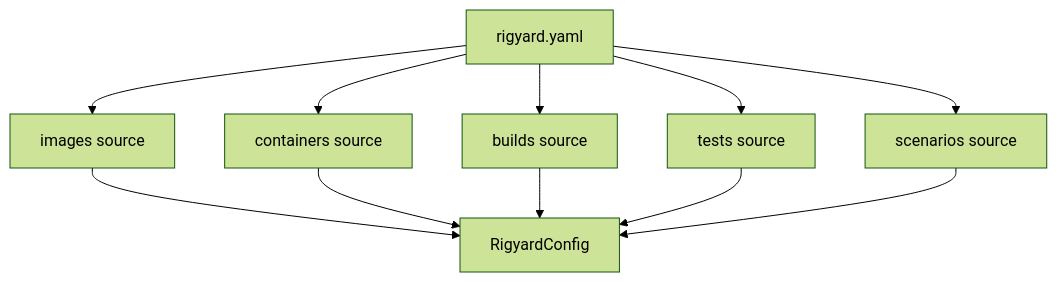
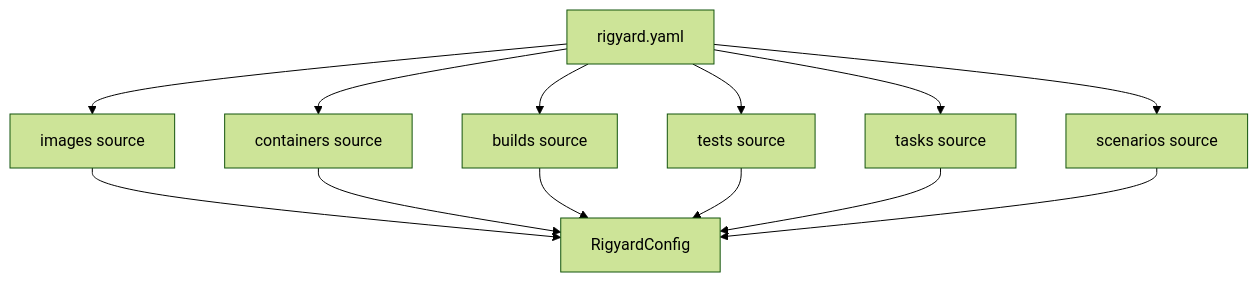
One commit to zz990099/Rigyard changed the first of 2 diagrams in docs/development/architecture.md. Above: the diagram before and after it, drawn with Mermaid (forest theme). The commit also changed other lines of this file and 35 other files, not shown here.

````diff
--- a/docs/development/architecture.md
+++ b/docs/development/architecture.md
@@ -7,13 +7,15 @@
 ```mermaid
 flowchart TD
     A[rigyard.yaml] --> B[images source]
     A --> C[containers source]
     A --> D[builds source]
     A --> E[tests source]
-    A --> G[scenarios source]
+    A --> G[tasks source]
+    A --> H[scenarios source]
     B --> F[RigyardConfig]
     C --> F
     D --> F
     E --> F
     G --> F
+    H --> F
 ```
````
